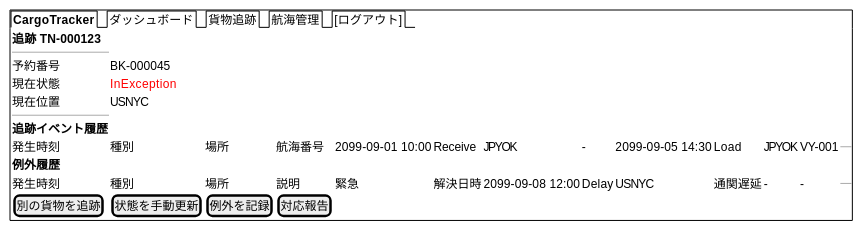
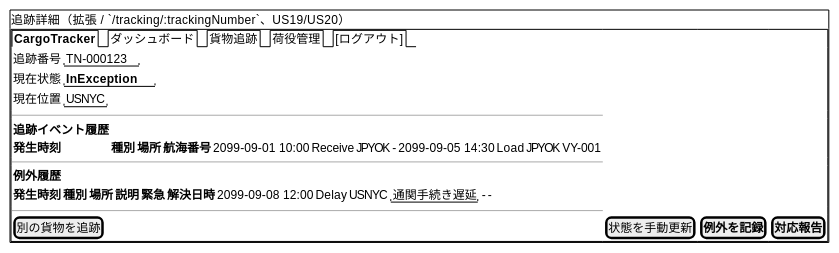
The fourth of 5 diagrams in docs/development/iteration_plan-7.md (k2works/case-study-cargo-tracker), drawn with PlantUML before and after one commit. The commit also changed other lines of this file, not shown here.

````diff
--- a/docs/development/iteration_plan-7.md
+++ b/docs/development/iteration_plan-7.md
@@ -316,25 +582,73 @@
 ```plantuml
 @startsalt
 {+
-{/ <b>CargoTracker</b> | ダッシュボード | 貨物追跡 | 航海管理 | [ログアウト] }
-{
-  <b>追跡 TN-000123</b>
-  ---
-  予約番号 | BK-000045
-  現在状態 | <color:red>InException</color>
-  現在位置 | USNYC
-  ---
-  <b>追跡イベント履歴</b>
-  | 発生時刻 | 種別 | 場所 | 航海番号 |
-  | 2099-09-01 10:00 | Receive | JPYOK | - |
-  | 2099-09-05 14:30 | Load | JPYOK | VY-001 |
-  ---
-  <b>例外履歴</b>
-  | 発生時刻 | 種別 | 場所 | 説明 | 緊急 | 解決日時 |
-  | 2099-09-08 12:00 | Delay | USNYC | 通関遅延 | - | - |
-  ---
-  [別の貨物を追跡] | [状態を手動更新] | [例外を記録] | [対応報告]
+  追跡詳細（拡張 / `/tracking/:trackingNumber`、US19/US20）
+  {+
+    {/ <b>CargoTracker</b> | ダッシュボード | 貨物追跡 | 荷役管理 | [ログアウト] }
+    {
+      追跡番号 | "TN-000123"
+      現在状態 | "<b>InException</b>"
+      現在位置 | "USNYC"
+    }
+    ---
+    {
+      <b>追跡イベント履歴</b>
+      | <b>発生時刻</b> | <b>種別</b> | <b>場所</b> | <b>航海番号</b> |
+      | 2099-09-01 10:00 | Receive | JPYOK | - |
+      | 2099-09-05 14:30 | Load | JPYOK | VY-001 |
+    }
+    ---
+    {
+      <b>例外履歴</b>
+      | <b>発生時刻</b> | <b>種別</b> | <b>場所</b> | <b>説明</b> | <b>緊急</b> | <b>解決日時</b> |
+      | 2099-09-08 12:00 | Delay | USNYC | "通関手続き遅延" | - | - |
+    }
+    ---
+    [別の貨物を追跡] | [状態を手動更新] | [<b>例外を記録</b>] | [<b>対応報告</b>]
+  }
 }
+----------------
+{+
+  例外記録モーダル（拡張、US19/US20）
+  {+
+    {
+      例外種別 | ^Delay/Damage/Lost/CustomsHold^
+      発生場所（UN/LOCODE） | "USNYC"
+      発生日時             | "2099-09-08 12:00"
+      説明（任意）         | "通関手続きで荷物が滞留中"
+    }
+    {  : Lost 選択時のみ : <color:red>緊急フラグ自動 ON</color> }
+    [キャンセル] | [記録]
+  }
+}
+----------------
+{+
+  対応報告モーダル（新規、US19/US20）
+  {+
+    {
+      対象例外     | "Delay (2099-09-08 12:00 @USNYC)"
+      対応方針     | "代替ルート（VY-003）で再輸送、新到着予定 2099-09-15"
+      解決日時     | "2099-09-09 09:00"
+    }
+    [キャンセル] | [解決済みとして記録]
+  }
+}
+----------------
+{+
+  荷役登録（拡張、IT6 review M6 / US16 補正）
+  {+
+    {/ <b>CargoTracker</b> | ダッシュボード | 荷役管理 | [ログアウト] }
+    {
+      追跡番号 | "TN-000001"
+      [(.) Receive  () Load  () Unload  () <b>Claim</b>]
+      作業完了日時 | "2099-08-01 10:00"
+      作業場所     | "USNYC"
+      [Claim 時のみ表示]
+      確認種別     | ^Signature/Stamp/IdCard/Code^
+      確認内容     | "署名画像URL or コード"
+    }
+    [登録]
+  }
 }
 @endsalt
 ```
````
